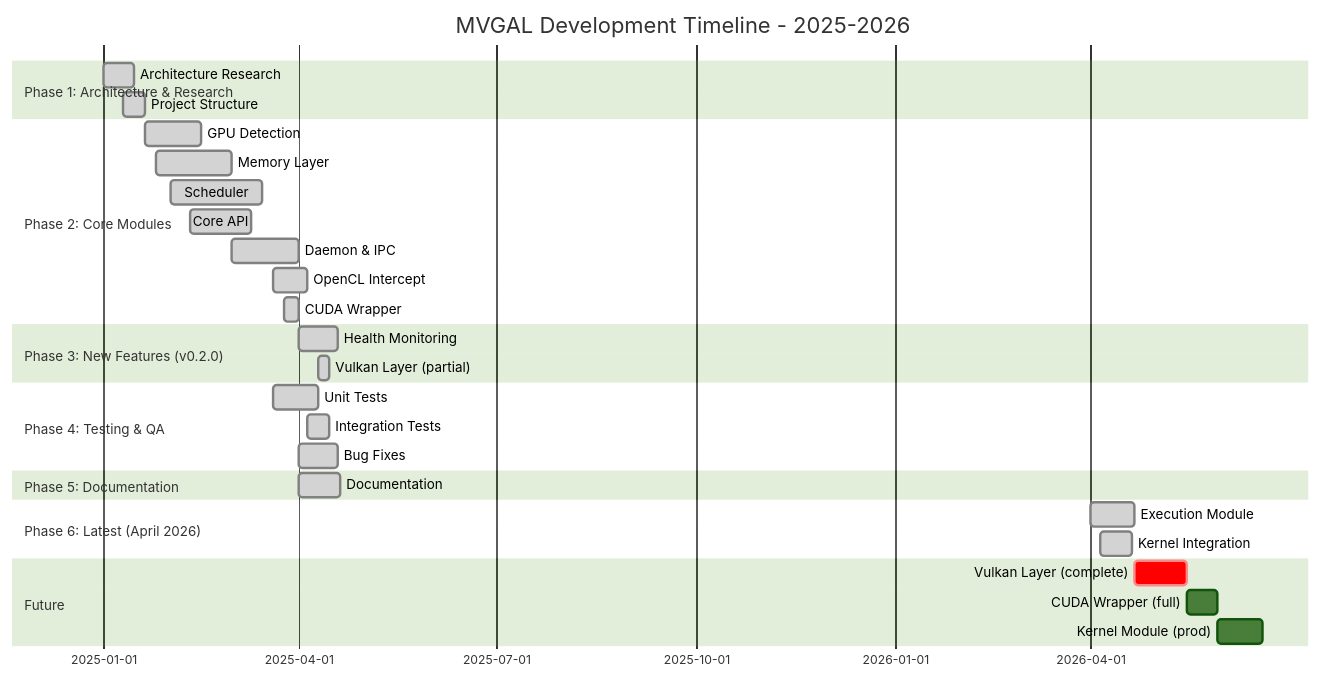
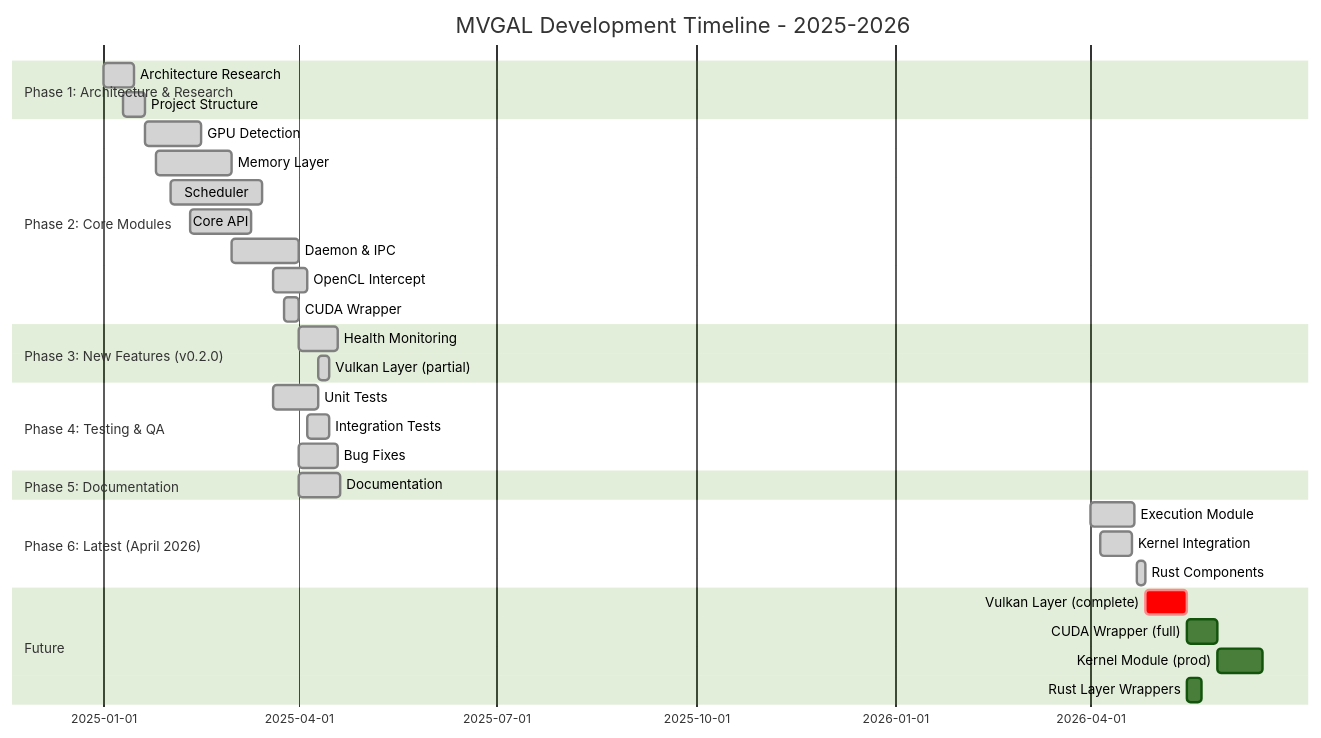
One commit to TheCreateGM/mvgal changed the first of 10 diagrams in docs/PROGRESS.md. Above: the diagram before and after it, drawn with Mermaid (forest theme). The commit also changed other lines of this file and 251 other files, not shown here.

````diff
--- a/docs/PROGRESS.md
+++ b/docs/PROGRESS.md
@@ -21,38 +22,40 @@
 ```mermaid
 gantt
     title MVGAL Development Timeline - 2025-2026
     dateFormat  YYYY-MM-DD
     section Phase 1: Architecture & Research
     Architecture Research :done, arch1, 2025-01-01, 2025-01-15
     Project Structure    :done, struct1, 2025-01-10, 2025-01-20
     
     section Phase 2: Core Modules
     GPU Detection      :done, gpu1, 2025-01-20, 2025-02-15
     Memory Layer        :done, mem1, 2025-01-25, 2025-03-01
     Scheduler          :done, sched1, 2025-02-01, 2025-03-15
     Core API          :done, api1, 2025-02-10, 2025-03-10
     Daemon & IPC      :done, daemon1, 2025-03-01, 2025-04-01
     OpenCL Intercept  :done, ocl1, 2025-03-20, 2025-04-05
     CUDA Wrapper       :done, cuda1, 2025-03-25, 2025-04-01
     
     section Phase 3: New Features (v0.2.0)
     Health Monitoring :done, health1, 2025-04-01, 2025-04-19
     Vulkan Layer (partial) :done, vk1, 2025-04-10, 2025-04-15
     
     section Phase 4: Testing & QA
     Unit Tests         :done, test1, 2025-03-20, 2025-04-10
     Integration Tests  :done, int1, 2025-04-05, 2025-04-15
     Bug Fixes          :done, fixes1, 2025-04-01, 2025-04-19
     
     section Phase 5: Documentation
     Documentation     :done, docs1, 2025-04-01, 2025-04-20
     
     section Phase 6: Latest (April 2026)
     Execution Module :done, exec1, 2026-04-01, 2026-04-21
     Kernel Integration :done, kern1, 2026-04-05, 2026-04-20
+    Rust Components   :done, rust1, 2026-04-22, 2026-04-26
     
     section Future
-    Vulkan Layer (complete) :crit, vulkan2, 2026-04-21, 2026-05-15
+    Vulkan Layer (complete) :crit, vulkan2, 2026-04-26, 2026-05-15
     CUDA Wrapper (full) :     cuda2, after vulkan2, 14d
     Kernel Module (prod) :     kernel2, after cuda2, 21d
+    Rust Layer Wrappers :     rust2, after vulkan2, 7d
 ```
````
